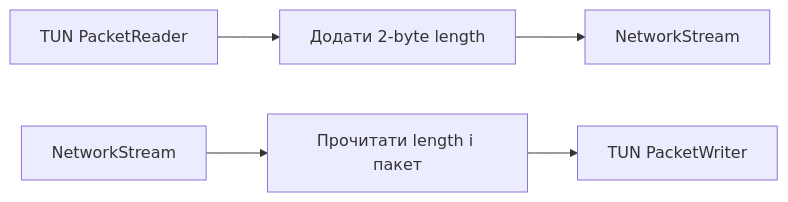
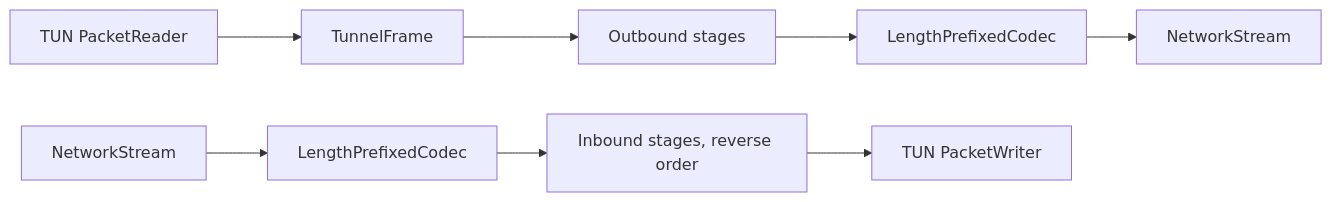
One commit to podkolzzzin/VPNSample changed the third of 6 diagrams in ARCHITECTURE.md. Above: the diagram before and after it, drawn with Mermaid. The commit also changed other lines of this file and 28 other files, not shown here.

````diff
--- a/ARCHITECTURE.md
+++ b/ARCHITECTURE.md
@@ -91,5 +85,11 @@
 ```mermaid
 flowchart LR
-    TunRead[TUN PacketReader] --> AddLength[Додати 2-byte length] --> TcpWrite[NetworkStream]
-    TcpRead[NetworkStream] --> ReadLength[Прочитати length і пакет] --> TunWrite[TUN PacketWriter]
+    TunRead[TUN PacketReader] --> Frame[TunnelFrame]
+    Frame --> Outbound[Outbound stages]
+    Outbound --> Codec[LengthPrefixedCodec]
+    Codec --> TcpWrite[NetworkStream]
+
+    TcpRead[NetworkStream] --> Decode[LengthPrefixedCodec]
+    Decode --> Inbound[Inbound stages, reverse order]
+    Inbound --> TunWrite[TUN PacketWriter]
 ```
````
